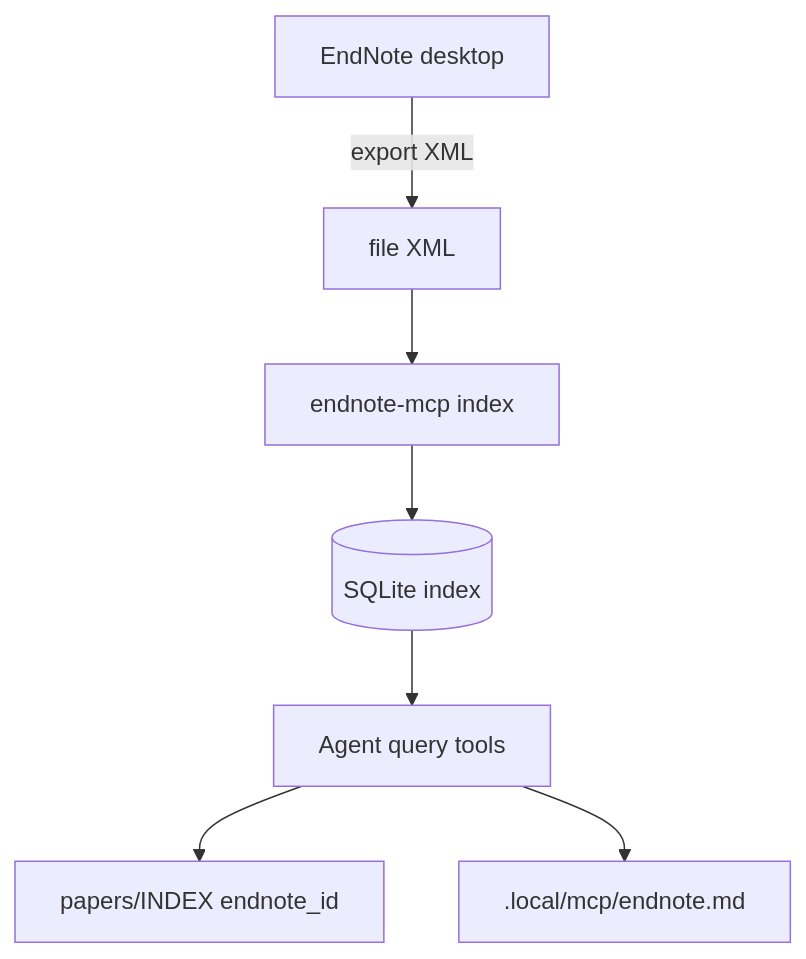
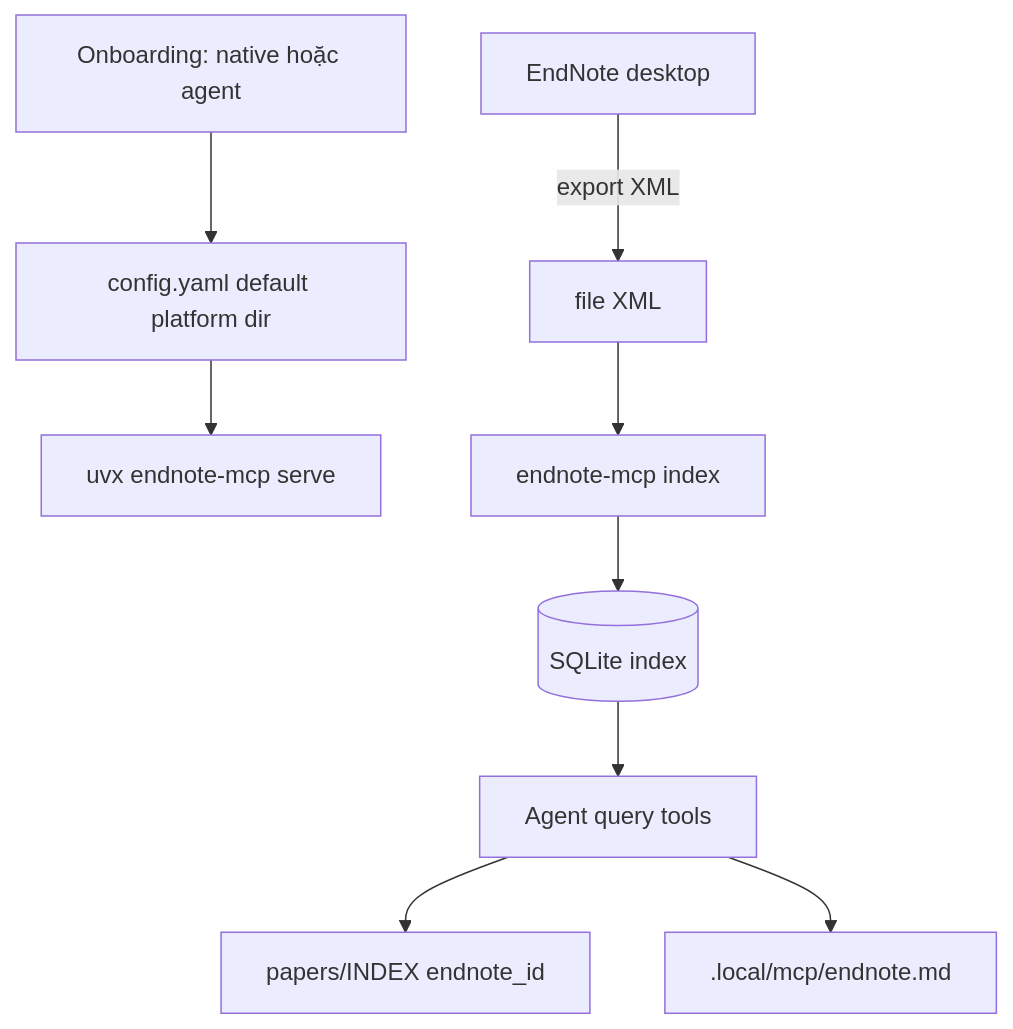
One commit to thanhhocse96/medKarute changed the diagram in docs/guides/mcp/endnote-mcp-tools.md. Above: the diagram before and after it, drawn with Mermaid. The commit also changed other lines of this file and 10 other files, not shown here.

````diff
--- a/docs/guides/mcp/endnote-mcp-tools.md
+++ b/docs/guides/mcp/endnote-mcp-tools.md
@@ -11,9 +15,11 @@
 ```mermaid
 flowchart TD
+    SETUP[Onboarding: native hoặc agent] --> CFG[config.yaml default platform dir]
+    CFG --> SERVE[uvx endnote-mcp serve]
     EN[EndNote desktop] -->|export XML| XML[file XML]
     XML --> MCP[endnote-mcp index]
     MCP --> DB[(SQLite index)]
     DB --> Agent[Agent query tools]
     Agent --> PN[papers/INDEX endnote_id]
     Agent --> LOCAL[.local/mcp/endnote.md]
 ```
````
